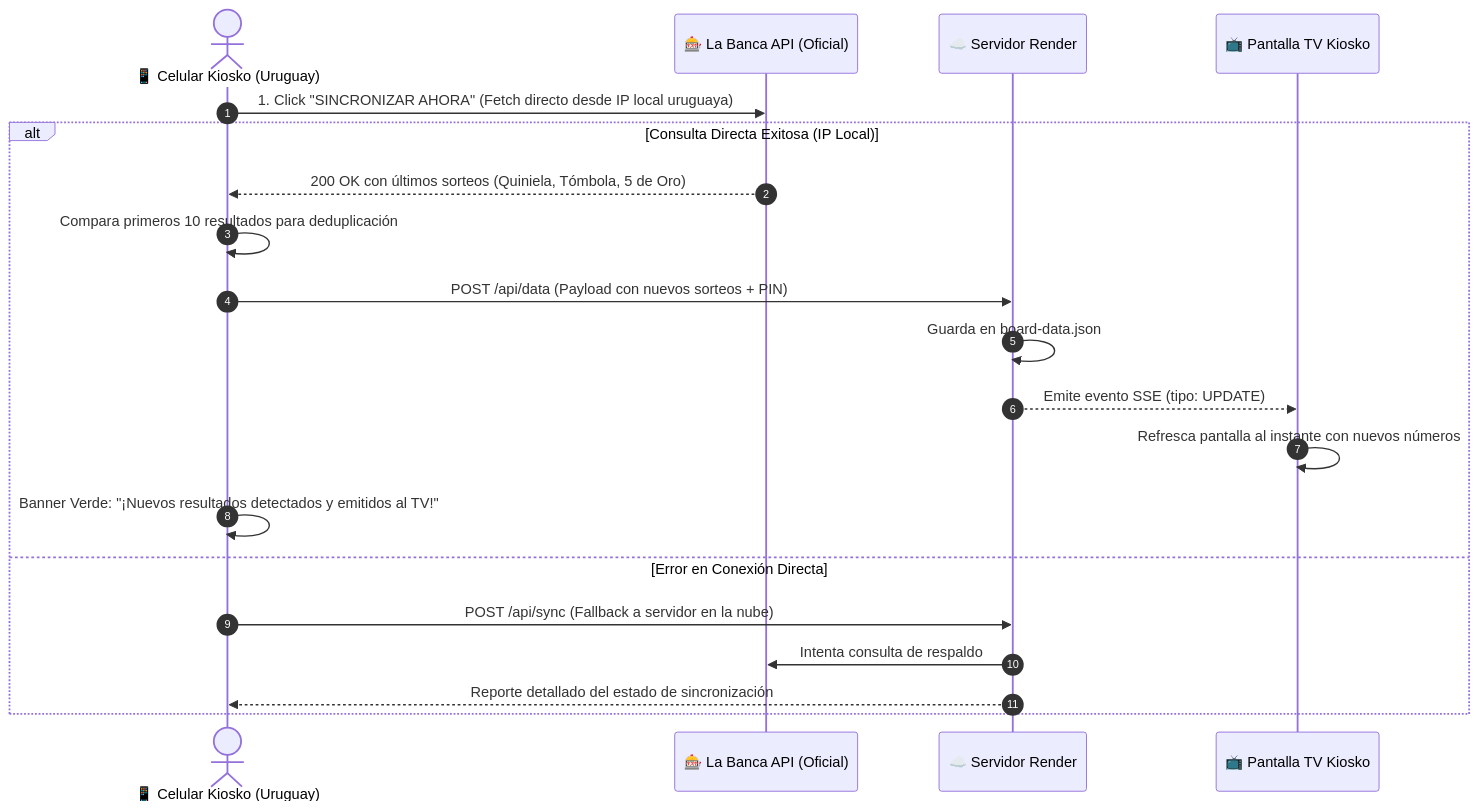
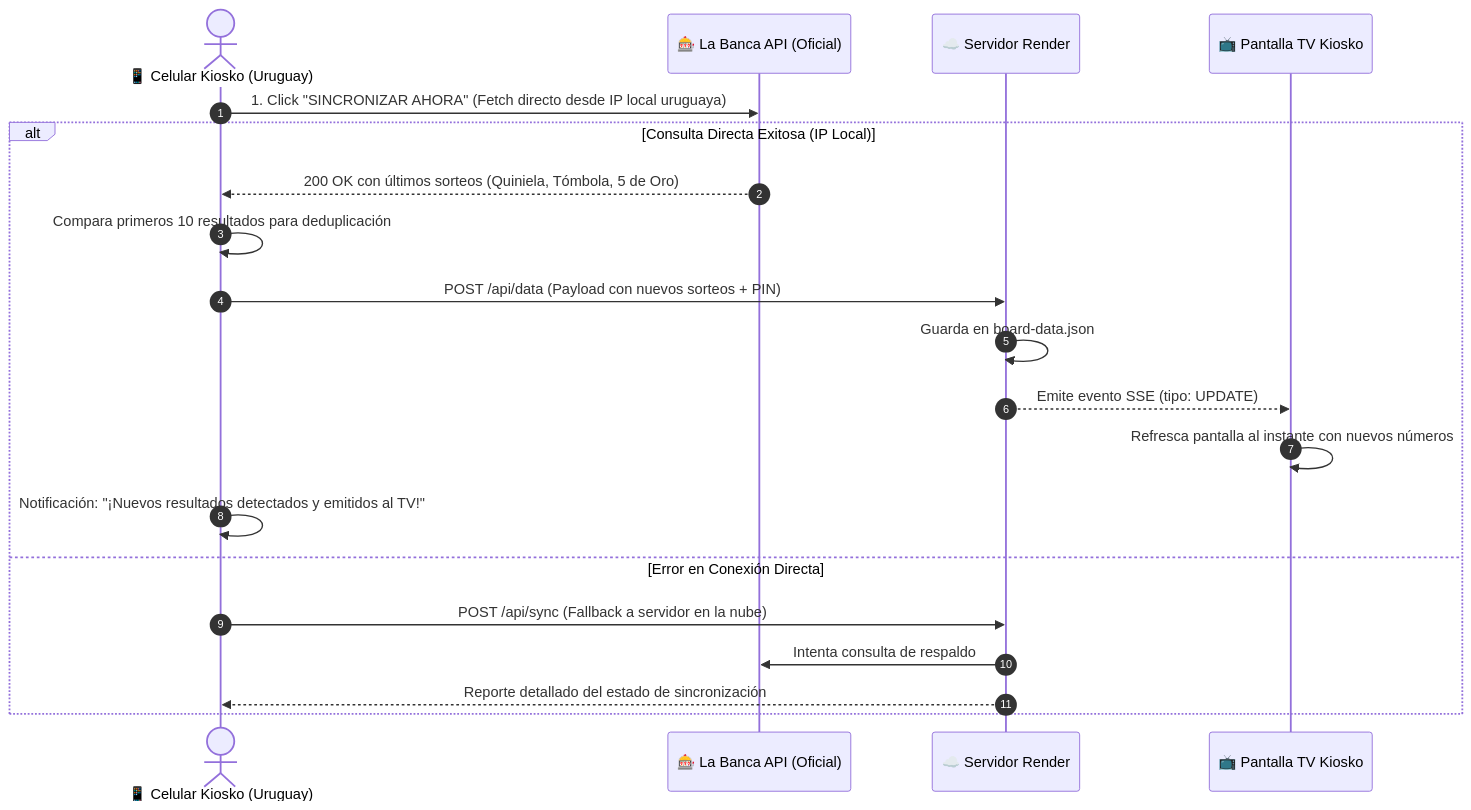
Before and after one commit to jamatrain/remote-board: the third of 4 diagrams in README.md, drawn with Mermaid. The commit also changed other lines of this file and 4 other files, not shown here.

````diff
--- a/README.md
+++ b/README.md
@@ -58,23 +100,23 @@
 ```mermaid
 sequenceDiagram
     autonumber
     actor Admin as 📱 Celular Kiosko (Uruguay)
     participant API as 🎰 La Banca API (Oficial)
     participant Cloud as ☁️ Servidor Render
     participant TV as 📺 Pantalla TV Kiosko
 
     Admin->>API: 1. Click "SINCRONIZAR AHORA" (Fetch directo desde IP local uruguaya)
     alt Consulta Directa Exitosa (IP Local)
         API-->>Admin: 200 OK con últimos sorteos (Quiniela, Tómbola, 5 de Oro)
         Admin->>Admin: Compara primeros 10 resultados para deduplicación
         Admin->>Cloud: POST /api/data (Payload con nuevos sorteos + PIN)
         Cloud->>Cloud: Guarda en board-data.json
         Cloud-->>TV: Emite evento SSE (tipo: UPDATE)
         TV->>TV: Refresca pantalla al instante con nuevos números
-        Admin->>Admin: Banner Verde: "¡Nuevos resultados detectados y emitidos al TV!"
+        Admin->>Admin: Notificación: "¡Nuevos resultados detectados y emitidos al TV!"
     else Error en Conexión Directa
         Admin->>Cloud: POST /api/sync (Fallback a servidor en la nube)
         Cloud->>API: Intenta consulta de respaldo
         Cloud-->>Admin: Reporte detallado del estado de sincronización
     end
 ```
````
